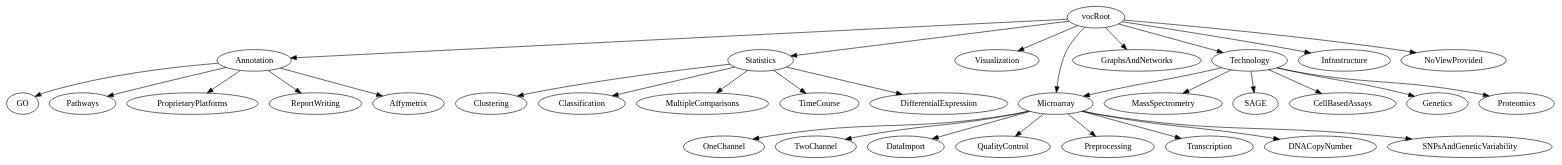
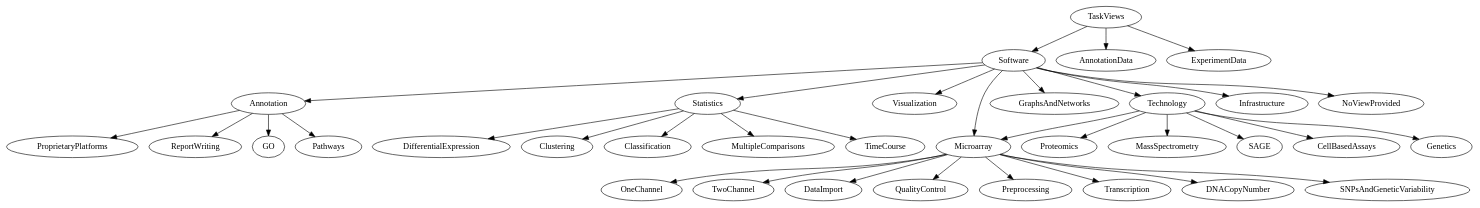
The diagram in inst/dot/biocViewsVocab.dot (Bioconductor/biocViews), drawn with Graphviz before and after one commit. The commit also changed 3 other files, not shown here.

Commit message:
Refactor vocabulary:  - We now have TaskViews as the root node  - Under TaskViews are Software, AnnotationData, and ExperimentData

```diff
--- a/inst/dot/biocViewsVocab.dot
+++ b/inst/dot/biocViewsVocab.dot
@@ -1,46 +1,57 @@
 /* Bioc Views Vocabular Definition in dot format */
+
+/* How To Process this file:
+   1. Use dot2gxl from graphviz to transform into GXL format.
+          dot2gxl biocViewsVocab.dot > biocViewsVocab.gxl
+   2. use graph::fromGXL to obtain a graphNEL object
+          
+*/
 
 digraph G {
 
 /* Root */
-vocRoot -> Microarray;
-vocRoot -> Annotation;
-vocRoot -> Visualization;
-vocRoot -> Statistics;
-vocRoot -> GraphsAndNetworks;
-vocRoot -> Technology;
-vocRoot -> Infrastructure;
-vocRoot -> NoViewProvided;
+TaskViews -> Software;
+TaskViews -> AnnotationData;
+TaskViews -> ExperimentData;
+
+/* Software */
+Software -> Microarray;
+Software -> Annotation;
+Software -> Visualization;
+Software -> Statistics;
+Software -> GraphsAndNetworks;
+Software -> Technology;
+Software -> Infrastructure;
+Software -> NoViewProvided;
 
 /* Microarray subview */
 Microarray -> OneChannel;
 Microarray -> TwoChannel;
 Microarray -> DataImport;
 Microarray -> QualityControl;
 Microarray -> Preprocessing;
 Microarray -> Transcription;
 Microarray -> DNACopyNumber;
 Microarray -> SNPsAndGeneticVariability;
 
 /* Statistics subview */
 Statistics -> DifferentialExpression;
 Statistics -> Clustering;
 Statistics -> Classification;
 Statistics -> MultipleComparisons;
 Statistics -> TimeCourse;
 
 /* Technology subview */
 Technology -> Microarray;
 Technology -> Proteomics;
 Technology -> MassSpectrometry;
 Technology -> SAGE;
 Technology -> CellBasedAssays;
 Technology -> Genetics;
 
 /* Annotation subview */
 Annotation -> GO;
 Annotation -> Pathways;
 Annotation -> ProprietaryPlatforms;
 Annotation -> ReportWriting;
-Annotation -> Affymetrix;
 }
```
